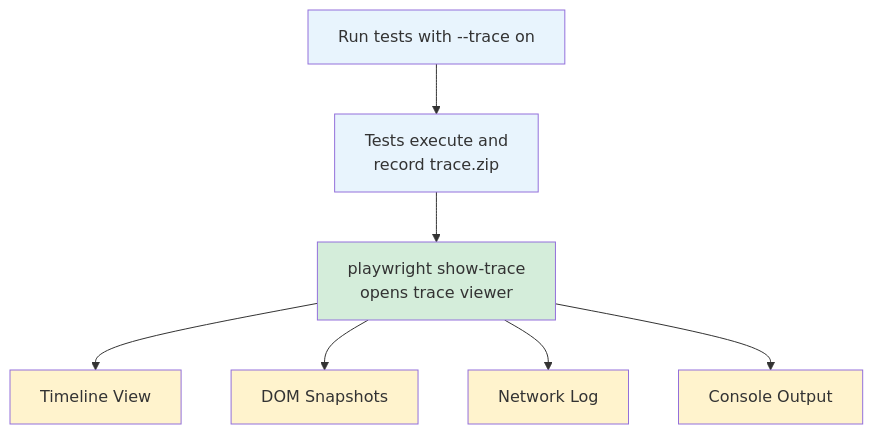
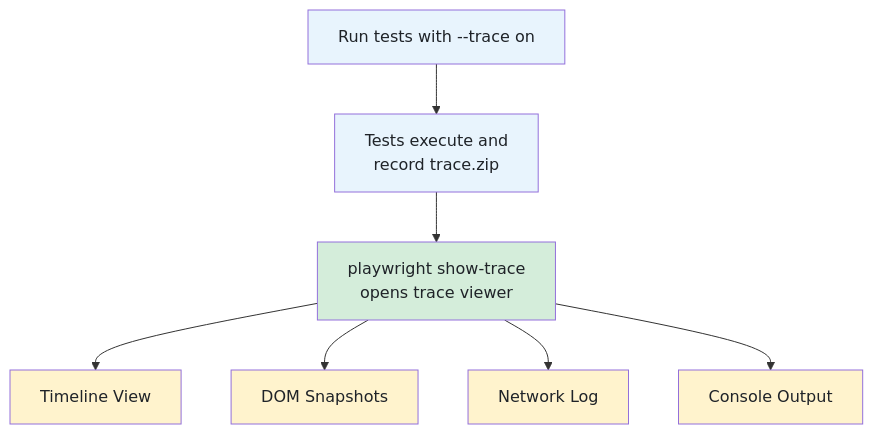
Before and after one commit to bytetunnels/bytetunnels.github.com: the first of 2 diagrams in _posts/2026-02-13-using-playwright-cli-quick-browser-testing.md, drawn with Mermaid. The commit also changed other lines of this file and 118 other files, not shown here.

Commit message:
feat: improve diagram styling and compact wide flowcharts

````diff
--- a/_posts/2026-02-13-using-playwright-cli-quick-browser-testing.md
+++ b/_posts/2026-02-13-using-playwright-cli-quick-browser-testing.md
@@ -339,17 +339,17 @@
 ```mermaid
 graph TD
     A["Run tests with --trace on"] --> B["Tests execute and<br>record trace.zip"]
     B --> C["playwright show-trace<br>opens trace viewer"]
     C --> D["Timeline View"]
     C --> E["DOM Snapshots"]
     C --> F["Network Log"]
     C --> G["Console Output"]
 
-    style A fill:#e8f4fd
-    style B fill:#e8f4fd
-    style C fill:#d4edda
-    style D fill:#fff3cd
-    style E fill:#fff3cd
-    style F fill:#fff3cd
-    style G fill:#fff3cd
+    style A fill:#e8f4fd,color:#1f2328
+    style B fill:#e8f4fd,color:#1f2328
+    style C fill:#d4edda,color:#1f2328
+    style D fill:#fff3cd,color:#1f2328
+    style E fill:#fff3cd,color:#1f2328
+    style F fill:#fff3cd,color:#1f2328
+    style G fill:#fff3cd,color:#1f2328
 ```
````
